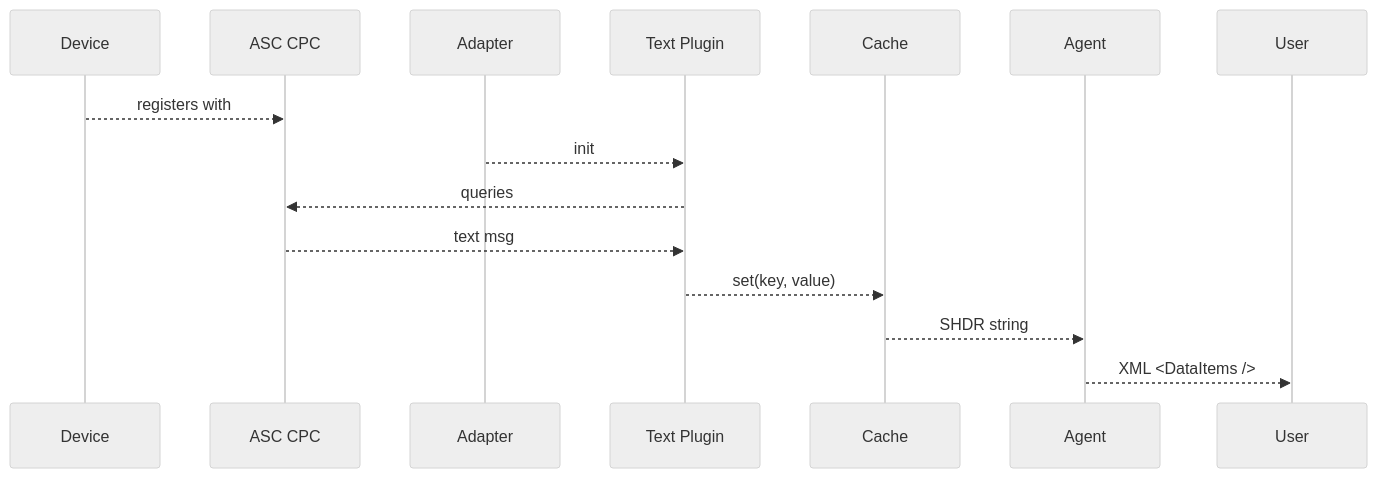
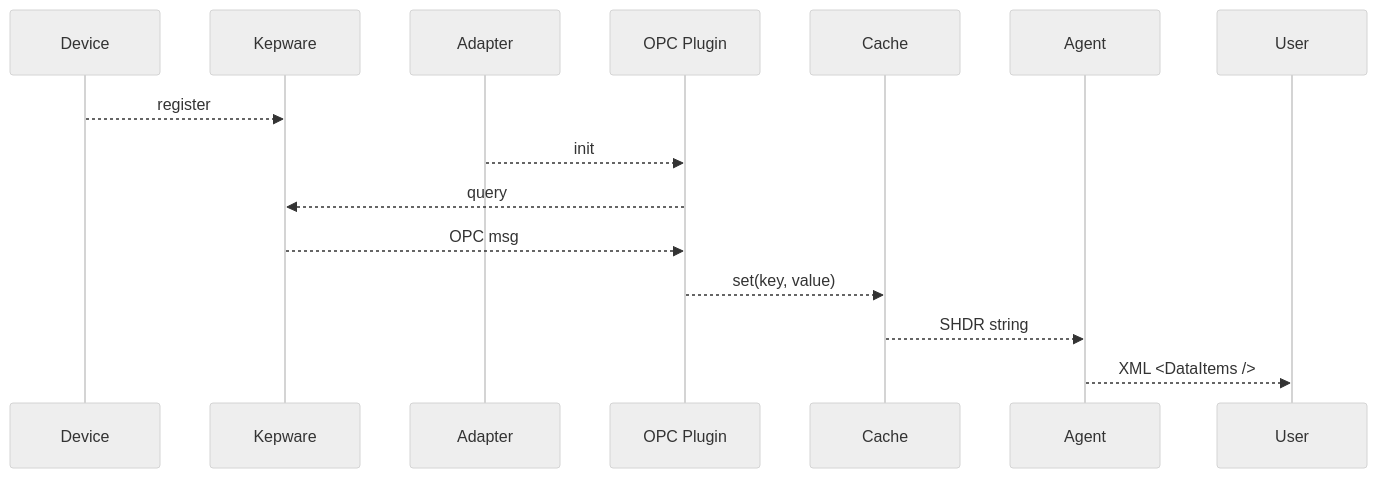
One commit to Ladder99/ladder99 changed the second of 3 diagrams in design/plugins.md. Above: the diagram before and after it, drawn with Mermaid (neutral theme). The commit also changed other lines of this file, not shown here.

````diff
--- a/design/plugins.md
+++ b/design/plugins.md
@@ -30,20 +33,20 @@
 ```mermaid
 sequenceDiagram
 
 participant device as Device
-participant cpc as ASC CPC
+participant server as Kepware
 participant adapter as Adapter
-participant plugin as Text Plugin
+participant plugin as OPC Plugin
 participant cache as Cache
 participant agent as Agent
 participant user as User
 
-device -->> cpc: registers with
+device -->> server: register
 adapter -->> plugin: init
-plugin -->> cpc: queries
-cpc -->> plugin: text msg
+plugin -->> server: query
+server -->> plugin: OPC msg
 plugin -->> cache: set(key, value)
 cache -->> agent: SHDR string
 agent -->> user: XML <DataItems />
 
 ```
````
